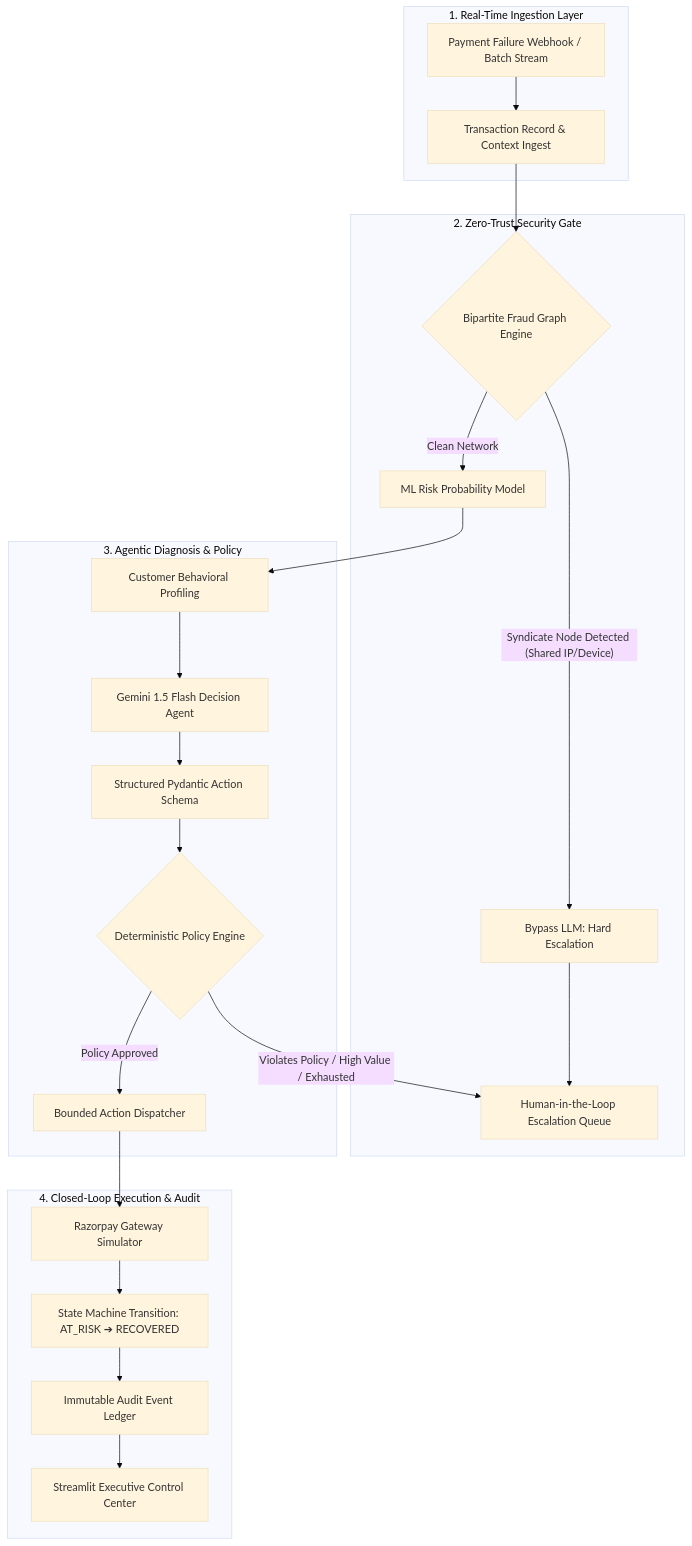
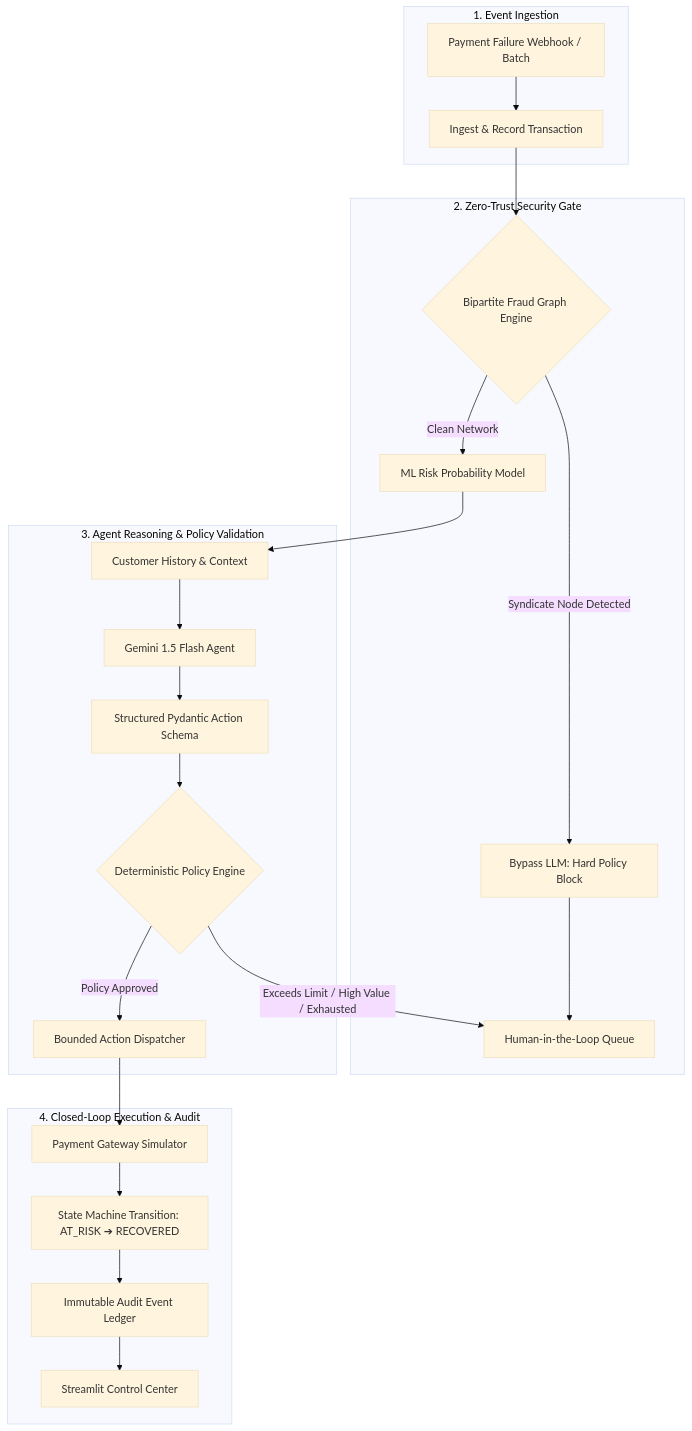
The diagram in README.md (maheshsanimella-18/razor-recover), drawn with Mermaid (base theme) before and after one commit. The commit also changed other lines of this file and 1 other file, not shown here.

````diff
--- a/README.md
+++ b/README.md
@@ -31,29 +46,29 @@
 ```mermaid
 flowchart TD
-    subgraph Ingestion ["1. Real-Time Ingestion Layer"]
-        A[Payment Failure Webhook / Batch Stream] --> B[Transaction Record & Context Ingest]
+    subgraph Ingestion ["1. Event Ingestion"]
+        A[Payment Failure Webhook / Batch] --> B[Ingest & Record Transaction]
     end
 
     subgraph Defense ["2. Zero-Trust Security Gate"]
         B --> C{Bipartite Fraud Graph Engine}
-        C -- "Syndicate Node Detected (Shared IP/Device)" --> D[Bypass LLM: Hard Escalation]
-        D --> HITL[Human-in-the-Loop Escalation Queue]
+        C -- "Syndicate Node Detected" --> D[Bypass LLM: Hard Policy Block]
+        D --> HITL[Human-in-the-Loop Queue]
         C -- "Clean Network" --> E[ML Risk Probability Model]
     end
 
-    subgraph Intelligence ["3. Agentic Diagnosis & Policy"]
-        E --> F[Customer Behavioral Profiling]
-        F --> G[Gemini 1.5 Flash Decision Agent]
+    subgraph Intelligence ["3. Agent Reasoning & Policy Validation"]
+        E --> F[Customer History & Context]
+        F --> G[Gemini 1.5 Flash Agent]
         G --> H[Structured Pydantic Action Schema]
         H --> I{Deterministic Policy Engine}
-        I -- "Violates Policy / High Value / Exhausted" --> HITL
+        I -- "Exceeds Limit / High Value / Exhausted" --> HITL
         I -- "Policy Approved" --> J[Bounded Action Dispatcher]
     end
 
     subgraph Execution ["4. Closed-Loop Execution & Audit"]
-        J --> K[Razorpay Gateway Simulator]
+        J --> K[Payment Gateway Simulator]
         K --> L[State Machine Transition: AT_RISK ➔ RECOVERED]
         L --> M[Immutable Audit Event Ledger]
-        M --> N[Streamlit Executive Control Center]
+        M --> N[Streamlit Control Center]
     end
 ```
````
